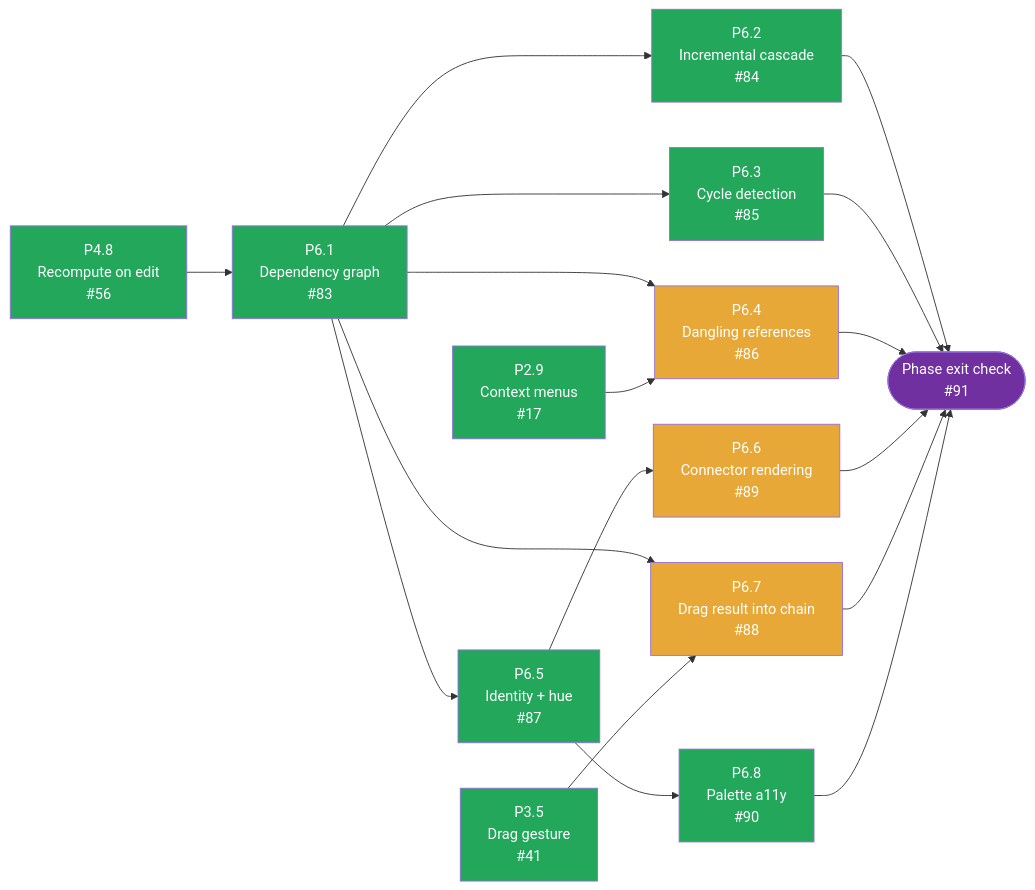
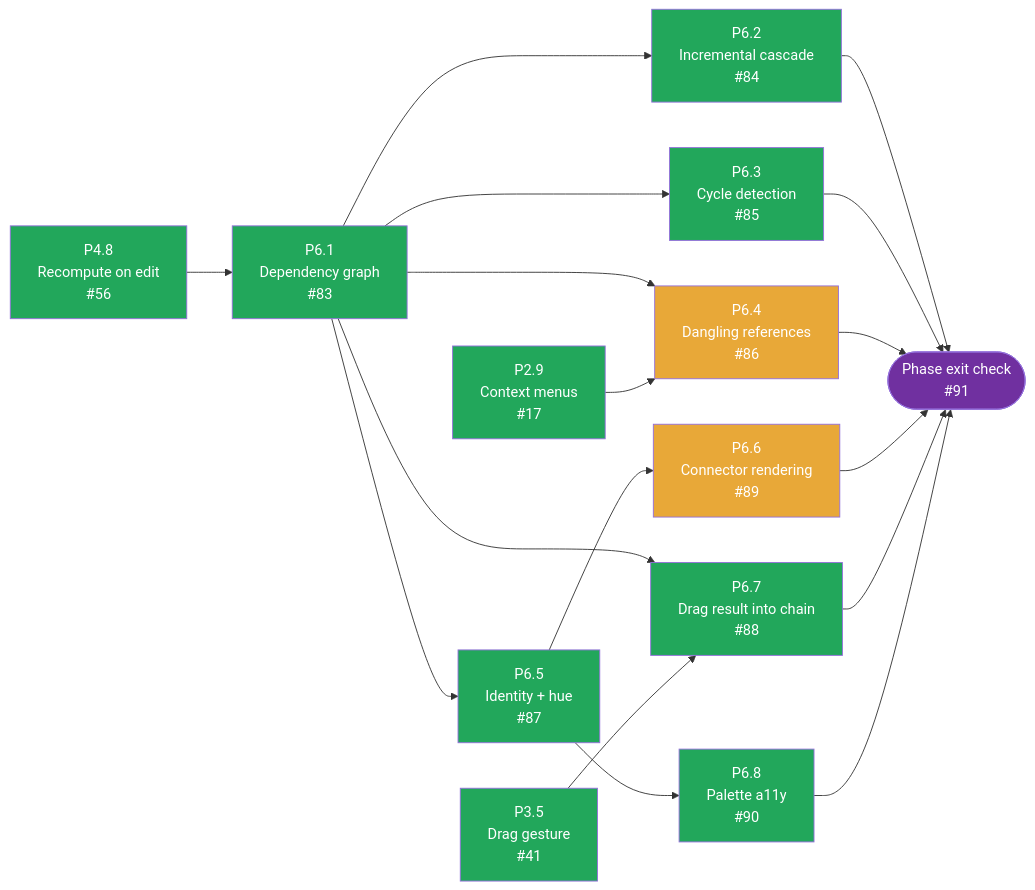
One commit to tousifosman/CalcMind changed the fifth of 5 diagrams in docs/DEVELOPMENT_PLAN.md. Above: the diagram before and after it, drawn with Mermaid. The commit also changed other lines of this file and 8 other files, not shown here.

````diff
--- a/docs/DEVELOPMENT_PLAN.md
+++ b/docs/DEVELOPMENT_PLAN.md
@@ -919,47 +919,47 @@
 ```mermaid
 flowchart LR
     P48["P4.8<br/>Recompute on edit<br/>#56"]
     P29["P2.9<br/>Context menus<br/>#17"]
     P35["P3.5<br/>Drag gesture<br/>#41"]
     P61["P6.1<br/>Dependency graph<br/>#83"]
     P62["P6.2<br/>Incremental cascade<br/>#84"]
     P63["P6.3<br/>Cycle detection<br/>#85"]
     P64["P6.4<br/>Dangling references<br/>#86"]
     P65["P6.5<br/>Identity + hue<br/>#87"]
     P66["P6.6<br/>Connector rendering<br/>#89"]
     P67["P6.7<br/>Drag result into chain<br/>#88"]
     P68["P6.8<br/>Palette a11y<br/>#90"]
     EXIT(["Phase exit check<br/>#91"])
 
     P48 --> P61
     P61 --> P62
     P61 --> P63
     P61 --> P64
     P29 --> P64
     P61 --> P65
     P65 --> P66
     P61 --> P67
     P35 --> P67
     P65 --> P68
 
     P62 --> EXIT
     P63 --> EXIT
     P64 --> EXIT
     P66 --> EXIT
     P67 --> EXIT
     P68 --> EXIT
 
     style P48 fill:#22A75B,color:#fff
     style P29 fill:#22A75B,color:#fff
     style P35 fill:#22A75B,color:#fff
     style P61 fill:#22A75B,color:#fff
     style P62 fill:#22A75B,color:#fff
     style P63 fill:#22A75B,color:#fff
 
     style P64 fill:#E8A838,color:#fff
     style P65 fill:#22A75B,color:#fff
     style P66 fill:#E8A838,color:#fff
-    style P67 fill:#E8A838,color:#fff
+    style P67 fill:#22A75B,color:#fff
     style P68 fill:#22A75B,color:#fff
     style EXIT fill:#7030A0,color:#fff
 ```
````
